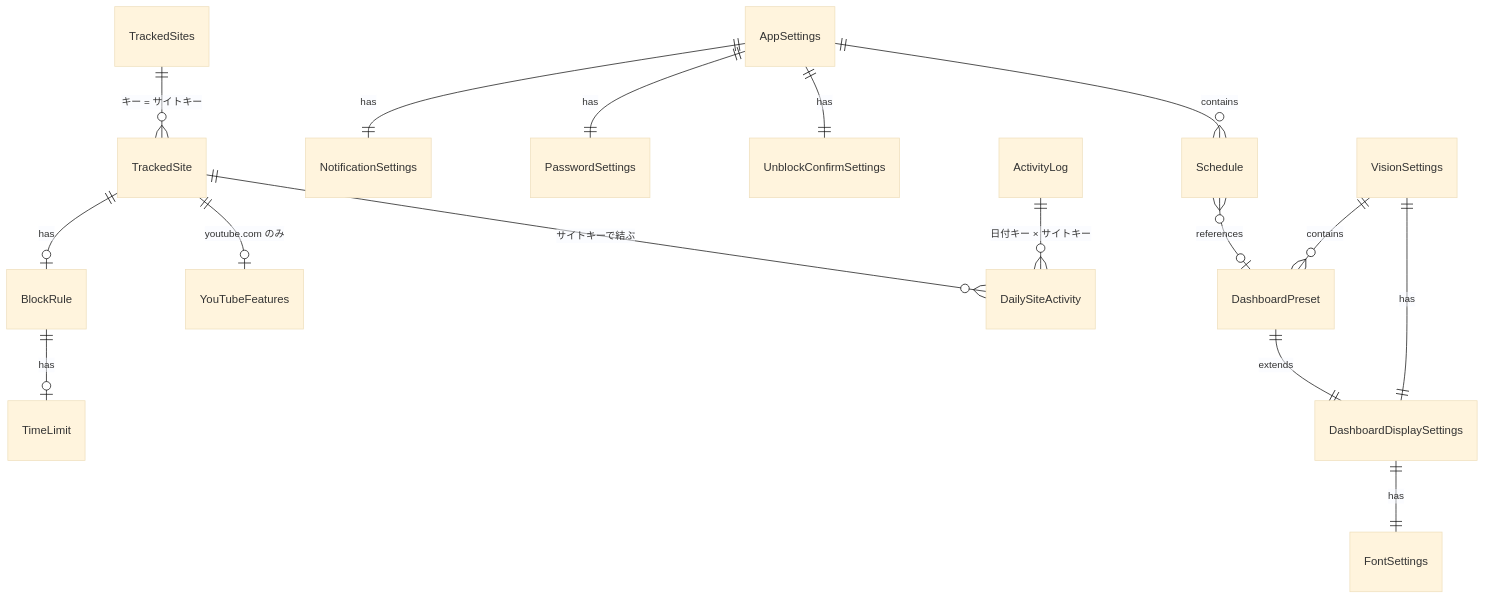
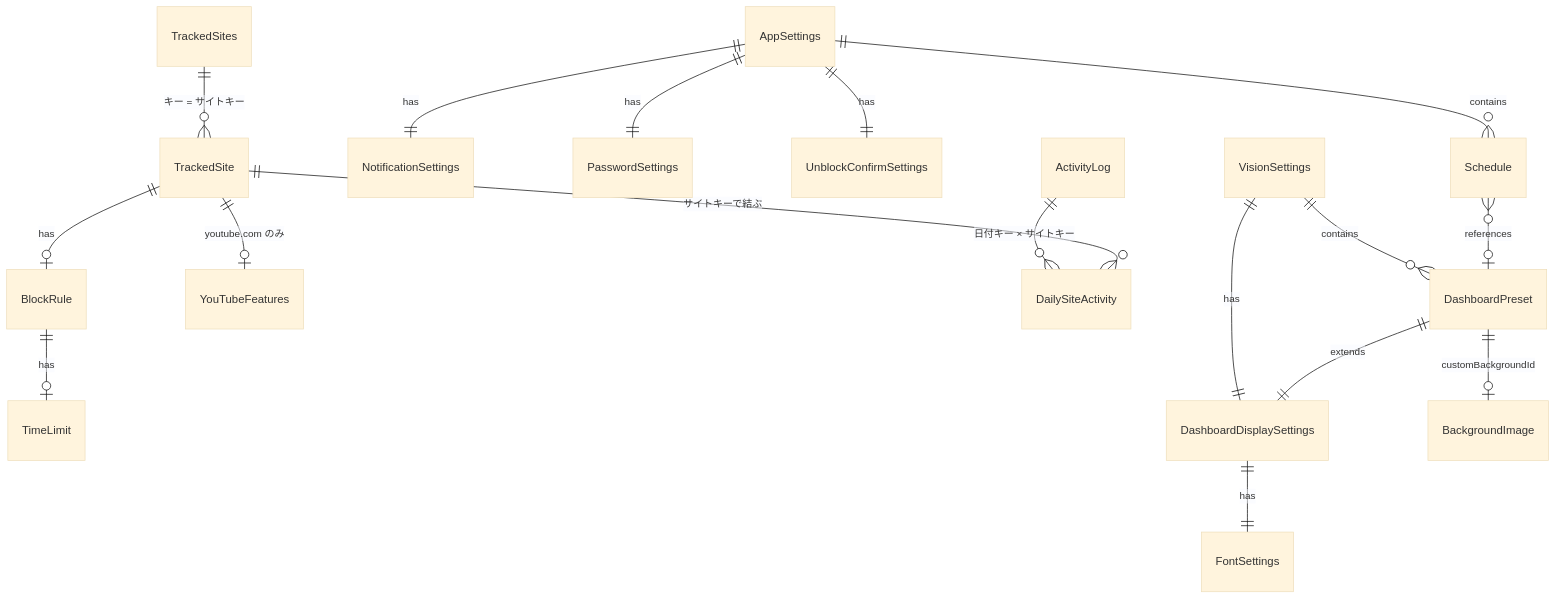
Before and after one commit to machina-gg/vision-focus: the diagram in docs/DATA_MODEL.md, drawn with Mermaid (base theme). The commit also changed other lines of this file and 53 other files, not shown here.

````diff
--- a/docs/DATA_MODEL.md
+++ b/docs/DATA_MODEL.md
@@ -32,21 +33,22 @@
 ```mermaid
 erDiagram
     AppSettings ||--o{ Schedule : contains
     AppSettings ||--|| NotificationSettings : has
     AppSettings ||--|| PasswordSettings : has
     AppSettings ||--|| UnblockConfirmSettings : has
 
     TrackedSites ||--o{ TrackedSite : "キー = サイトキー"
     TrackedSite ||--o| BlockRule : has
     TrackedSite ||--o| YouTubeFeatures : "youtube.com のみ"
     BlockRule ||--o| TimeLimit : has
 
     ActivityLog ||--o{ DailySiteActivity : "日付キー × サイトキー"
     TrackedSite ||--o{ DailySiteActivity : "サイトキーで結ぶ"
 
     VisionSettings ||--|| DashboardDisplaySettings : has
     VisionSettings ||--o{ DashboardPreset : contains
     DashboardPreset ||--|| DashboardDisplaySettings : extends
+    DashboardPreset ||--o| BackgroundImage : "customBackgroundId"
     DashboardDisplaySettings ||--|| FontSettings : has
     Schedule }o--o| DashboardPreset : references
 ```
````
